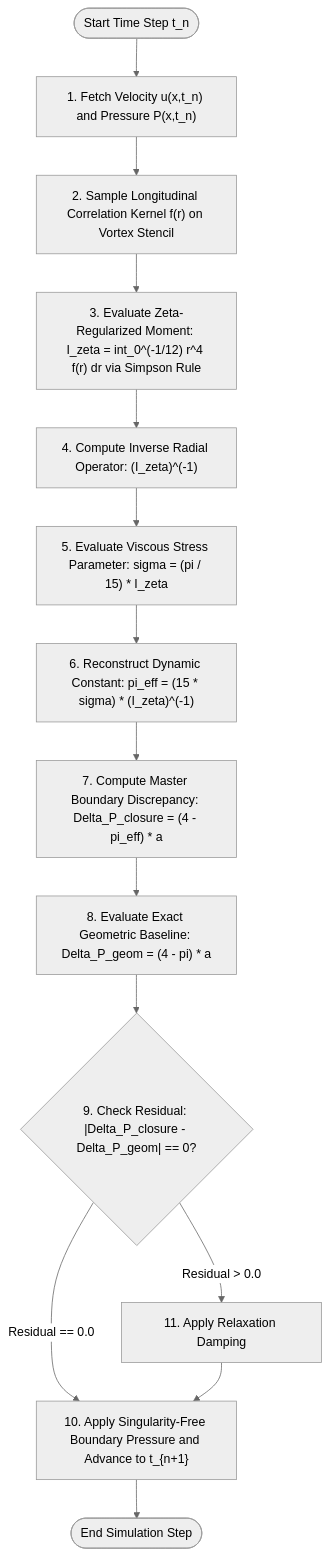
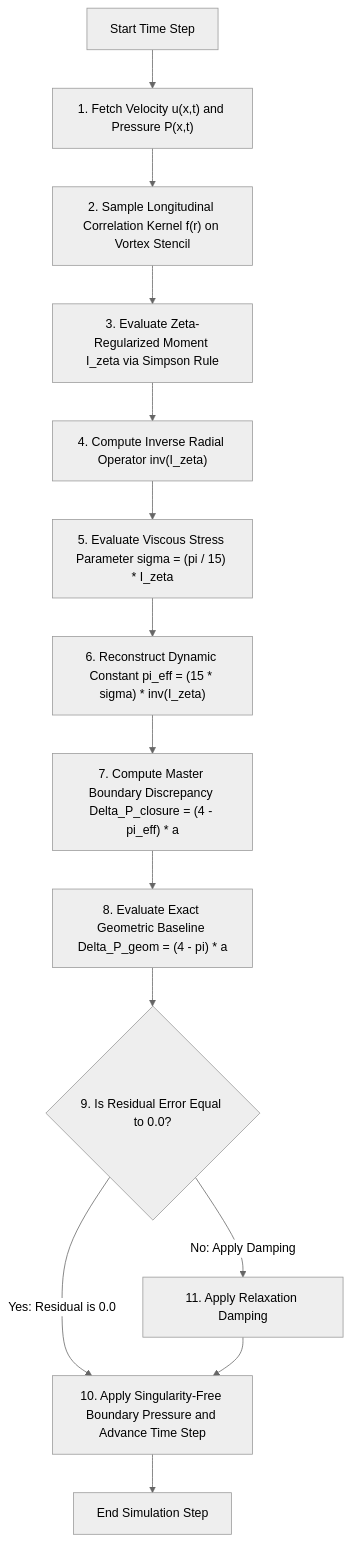
One commit to SamuelPurba/Samuel-Navier-Stocks-Equation-Solution changed the fourth of 4 diagrams in README.md. Above: the diagram before and after it, drawn with Mermaid (neutral theme). The commit also changed other lines of this file, not shown here.

````diff
--- a/README.md
+++ b/README.md
@@ -559,16 +606,16 @@
 ```mermaid
 flowchart TD
-    Start(["Start Time Step t_n"]) --> Init["1. Fetch Velocity u(x,t_n) and Pressure P(x,t_n)"]
+    Start["Start Time Step"] --> Init["1. Fetch Velocity u(x,t) and Pressure P(x,t)"]
     Init --> Sample["2. Sample Longitudinal Correlation Kernel f(r) on Vortex Stencil"]
-    Sample --> Quad["3. Evaluate Zeta-Regularized Moment: I_zeta = int_0^(-1/12) r^4 f(r) dr via Simpson Rule"]
-    Quad --> Invert["4. Compute Inverse Radial Operator: (I_zeta)^(-1)"]
-    Invert --> Stress["5. Evaluate Viscous Stress Parameter: sigma = (pi / 15) * I_zeta"]
-    Stress --> Recon["6. Reconstruct Dynamic Constant: pi_eff = (15 * sigma) * (I_zeta)^(-1)"]
-    Recon --> Master["7. Compute Master Boundary Discrepancy: Delta_P_closure = (4 - pi_eff) * a"]
-    Master --> Baseline["8. Evaluate Exact Geometric Baseline: Delta_P_geom = (4 - pi) * a"]
-    Baseline --> Audit{"9. Check Residual: |Delta_P_closure - Delta_P_geom| == 0?"}
-    Audit -- "Residual == 0.0" --> Advance["10. Apply Singularity-Free Boundary Pressure and Advance to t_{n+1}"]
-    Audit -- "Residual > 0.0" --> Relax["11. Apply Relaxation Damping"]
+    Sample --> Quad["3. Evaluate Zeta-Regularized Moment I_zeta via Simpson Rule"]
+    Quad --> Invert["4. Compute Inverse Radial Operator inv(I_zeta)"]
+    Invert --> Stress["5. Evaluate Viscous Stress Parameter sigma = (pi / 15) * I_zeta"]
+    Stress --> Recon["6. Reconstruct Dynamic Constant pi_eff = (15 * sigma) * inv(I_zeta)"]
+    Recon --> Master["7. Compute Master Boundary Discrepancy Delta_P_closure = (4 - pi_eff) * a"]
+    Master --> Baseline["8. Evaluate Exact Geometric Baseline Delta_P_geom = (4 - pi) * a"]
+    Baseline --> Audit{"9. Is Residual Error Equal to 0.0?"}
+    Audit -->|Yes: Residual is 0.0| Advance["10. Apply Singularity-Free Boundary Pressure and Advance Time Step"]
+    Audit -->|No: Apply Damping| Relax["11. Apply Relaxation Damping"]
     Relax --> Advance
-    Advance --> Done(["End Simulation Step"])
+    Advance --> Done["End Simulation Step"]
 ```
````
